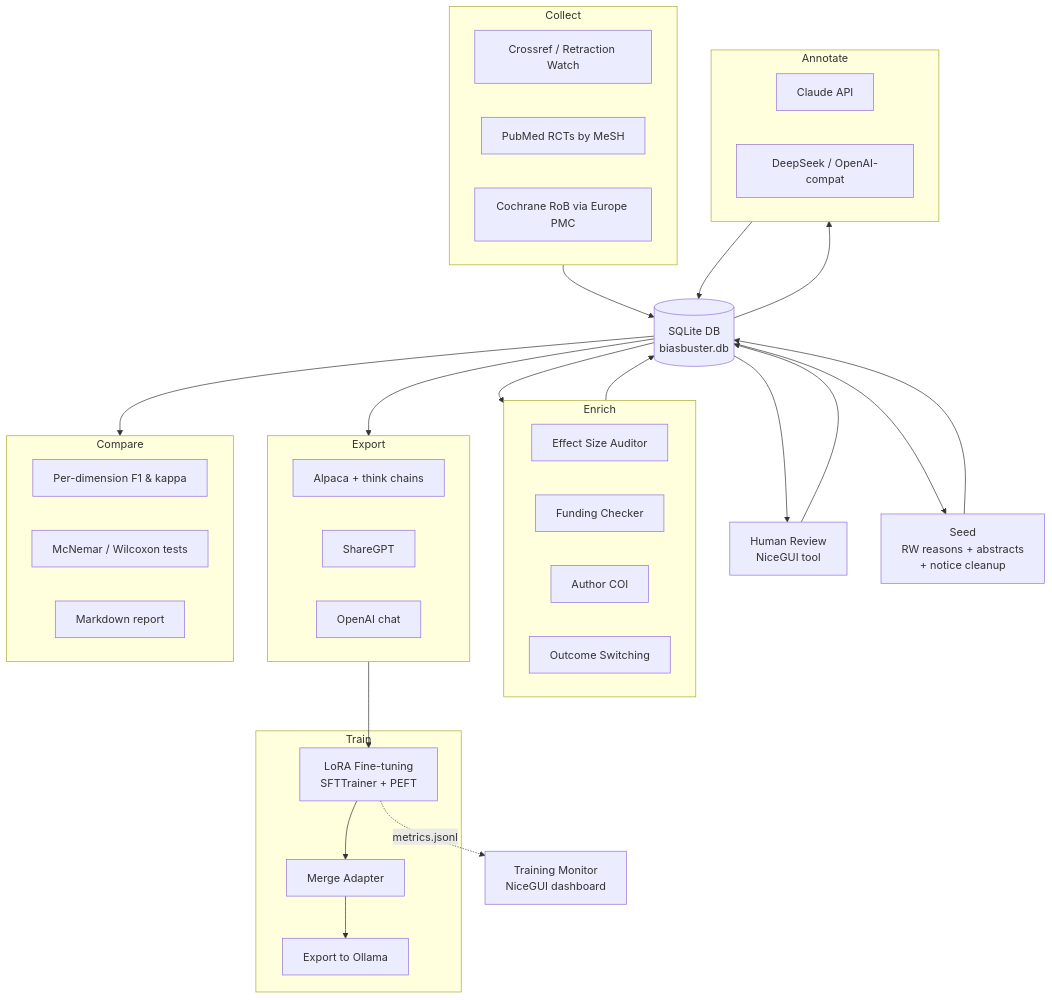
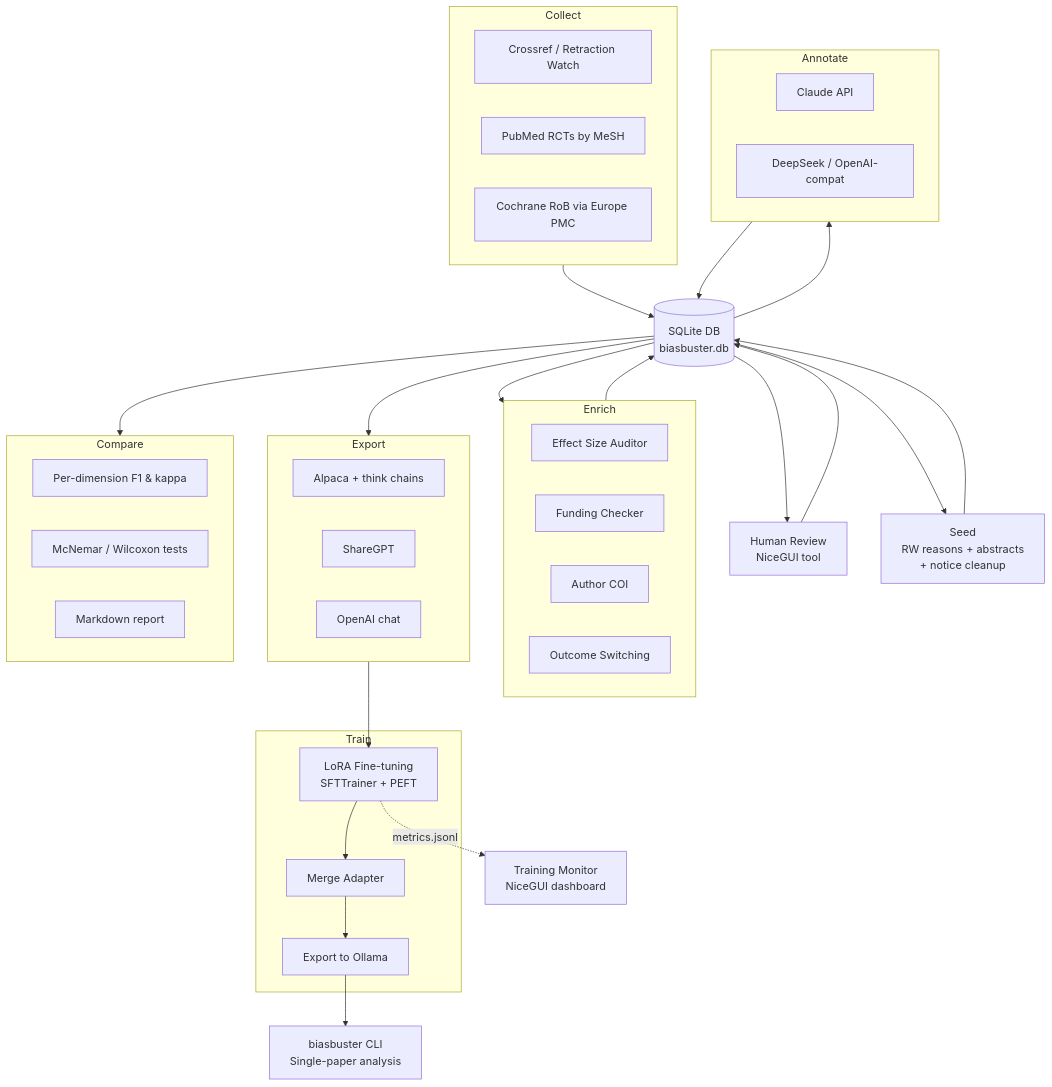
One commit to hherb/biasbuster changed the diagram in README.md. Above: the diagram before and after it, drawn with Mermaid. The commit also changed other lines of this file and 3 other files, not shown here.

````diff
--- a/README.md
+++ b/README.md
@@ -247,56 +241,59 @@
 ```mermaid
 flowchart TD
     subgraph Collect
         C1[Crossref / Retraction Watch]
         C2[PubMed RCTs by MeSH]
         C3[Cochrane RoB via Europe PMC]
     end
 
     DB[(SQLite DB<br/>biasbuster.db)]
 
     subgraph Enrich
         E1[Effect Size Auditor]
         E2[Funding Checker]
         E3[Author COI]
         E4[Outcome Switching]
     end
 
     subgraph Annotate
         A1[Claude API]
         A2[DeepSeek / OpenAI-compat]
     end
 
     HR[Human Review<br/>NiceGUI tool]
 
     subgraph Export
         X1[Alpaca + think chains]
         X2[ShareGPT]
         X3[OpenAI chat]
     end
 
     subgraph Train
         T1[LoRA Fine-tuning<br/>SFTTrainer + PEFT]
         T2[Merge Adapter]
         T3[Export to Ollama]
     end
 
     TM[Training Monitor<br/>NiceGUI dashboard]
 
     subgraph Compare
         M1[Per-dimension F1 & kappa]
         M2[McNemar / Wilcoxon tests]
         M3[Markdown report]
     end
 
+    CLI[biasbuster CLI<br/>Single-paper analysis]
+
     SD[Seed<br/>RW reasons + abstracts<br/>+ notice cleanup]
 
     Collect --> DB
     DB --> SD --> DB
     DB --> Enrich --> DB
     DB --> Annotate --> DB
     DB --> HR --> DB
     DB --> Export
     Export --> T1 --> T2 --> T3
     T1 -.->|metrics.jsonl| TM
     DB --> Compare
+    T3 --> CLI
 ```
````
